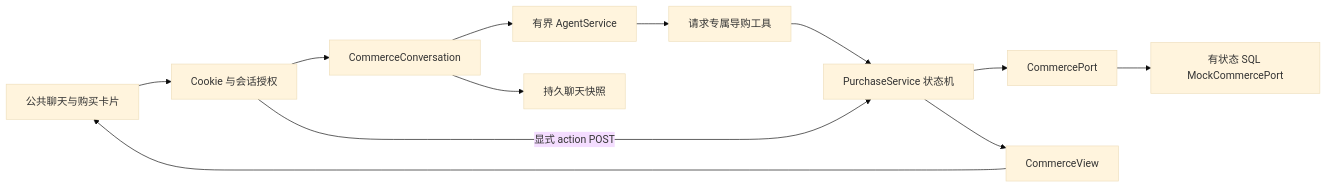
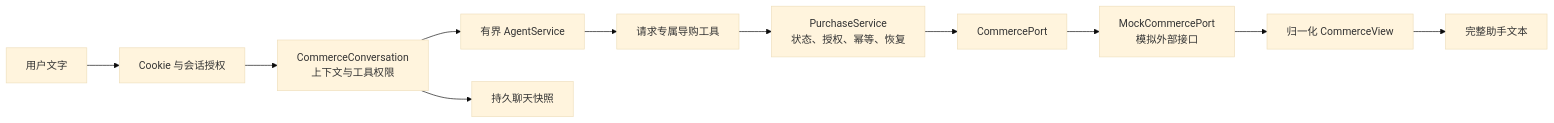
Before and after one commit to Bensonluo/rag_chatbot: the diagram in docs/design/public-commerce.md, drawn with Mermaid (base theme). The commit also changed other lines of this file and 11 other files, not shown here.

Commit message:
feat(commerce): execute mock purchases through agent text

````diff
--- a/docs/design/public-commerce.md
+++ b/docs/design/public-commerce.md
@@ -19,14 +24,13 @@
 ```mermaid
 flowchart LR
-    W[公共聊天与购买卡片] --> G[Cookie 与会话授权]
-    G --> C[CommerceConversation]
+    U[用户文字] --> G[Cookie 与会话授权]
+    G --> C[CommerceConversation<br/>上下文与工具权限]
     C --> A[有界 AgentService]
     A --> T[请求专属导购工具]
-    T --> P[PurchaseService 状态机]
-    G -->|显式 action POST| P
+    T --> P[PurchaseService<br/>状态、授权、幂等、恢复]
     P --> X[CommercePort]
-    X --> M[有状态 SQL MockCommercePort]
-    P --> U[CommerceView]
-    U --> W
+    X --> M[MockCommercePort<br/>模拟外部接口]
+    M --> V[归一化 CommerceView]
+    V --> R[完整助手文本]
     C --> H[持久聊天快照]
 ```
````
